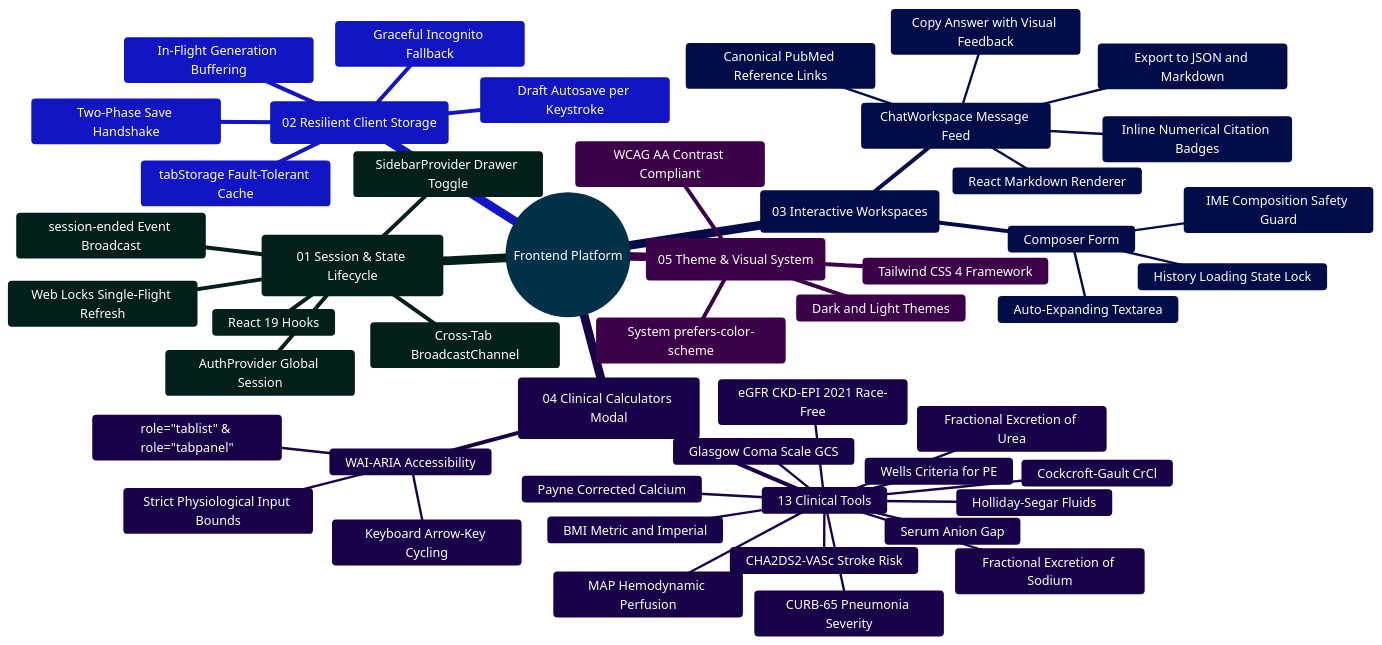
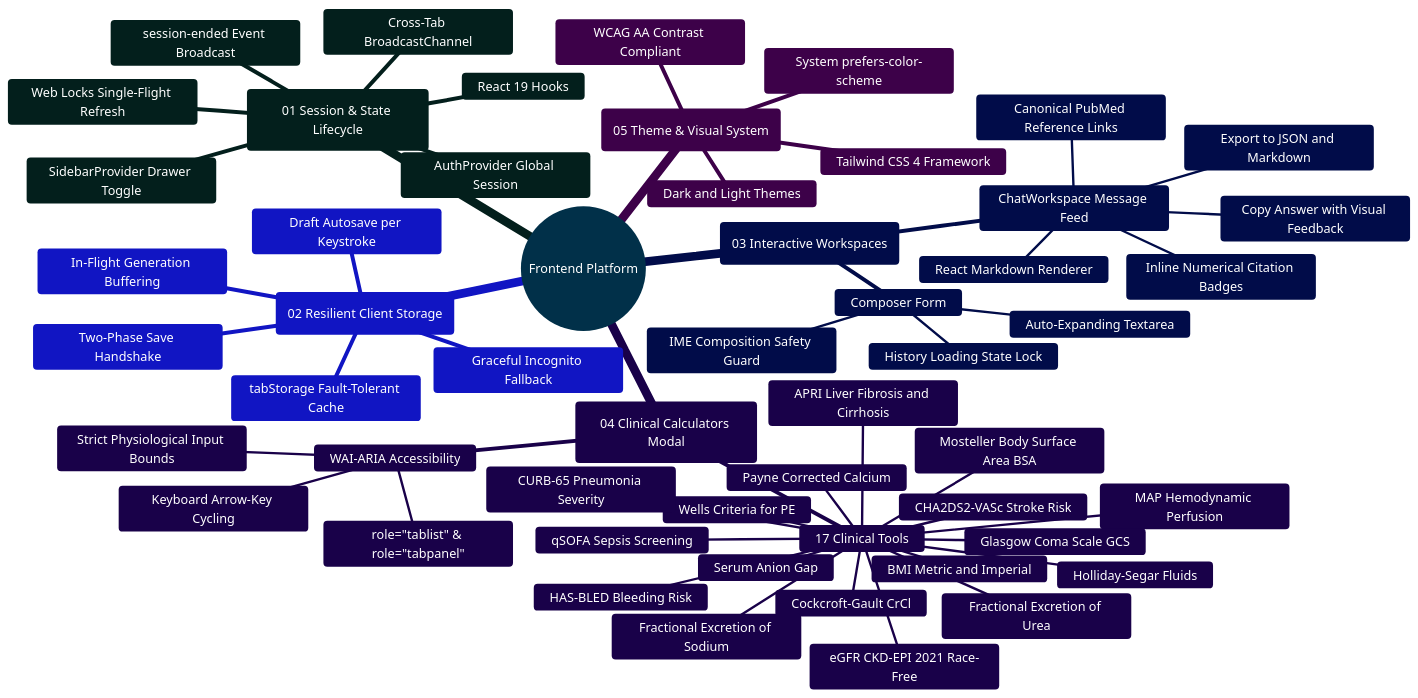
Before and after one commit to Ganesh172919/React-App-LLM: the first of 2 diagrams in frontend/README.md, drawn with Mermaid. The commit also changed other lines of this file and 2 other files, not shown here.

Commit message:
docs: align CONTRIBUTING, backend/README, frontend/README, and ChatWorkspace tool tooltip

````diff
--- a/frontend/README.md
+++ b/frontend/README.md
@@ -65,54 +65,58 @@
 ```mermaid
 %%{init: {'theme': 'base', 'themeVariables': { 'primaryColor': '#0284c7', 'primaryTextColor': '#ffffff', 'primaryBorderColor': '#0369a1', 'lineColor': '#0284c7', 'secondaryColor': '#0d9488', 'tertiaryColor': '#6366f1' }}}%%
 mindmap
   root((Frontend Platform))
     ::icon(fa fa-desktop)
     (01 Session & State Lifecycle)
       React 19 Hooks
       AuthProvider Global Session
       SidebarProvider Drawer Toggle
       Web Locks Single-Flight Refresh
       Cross-Tab BroadcastChannel
       session-ended Event Broadcast
     (02 Resilient Client Storage)
       tabStorage Fault-Tolerant Cache
       Draft Autosave per Keystroke
       In-Flight Generation Buffering
       Two-Phase Save Handshake
       Graceful Incognito Fallback
     (03 Interactive Workspaces)
       ChatWorkspace Message Feed
         React Markdown Renderer
         Inline Numerical Citation Badges
         Canonical PubMed Reference Links
         Copy Answer with Visual Feedback
         Export to JSON and Markdown
       Composer Form
         IME Composition Safety Guard
         History Loading State Lock
         Auto-Expanding Textarea
     (04 Clinical Calculators Modal)
-      13 Clinical Tools
+      17 Clinical Tools
         BMI Metric and Imperial
         eGFR CKD-EPI 2021 Race-Free
         CHA2DS2-VASc Stroke Risk
         MAP Hemodynamic Perfusion
         Cockcroft-Gault CrCl
         Payne Corrected Calcium
         Serum Anion Gap
         Fractional Excretion of Sodium
         Fractional Excretion of Urea
         Holliday-Segar Fluids
         Wells Criteria for PE
         CURB-65 Pneumonia Severity
         Glasgow Coma Scale GCS
+        HAS-BLED Bleeding Risk
+        qSOFA Sepsis Screening
+        Mosteller Body Surface Area BSA
+        APRI Liver Fibrosis and Cirrhosis
       WAI-ARIA Accessibility
         role="tablist" & role="tabpanel"
         Keyboard Arrow-Key Cycling
         Strict Physiological Input Bounds
     (05 Theme & Visual System)
       Tailwind CSS 4 Framework
       Dark and Light Themes
       System prefers-color-scheme
       WCAG AA Contrast Compliant
 ```
````
